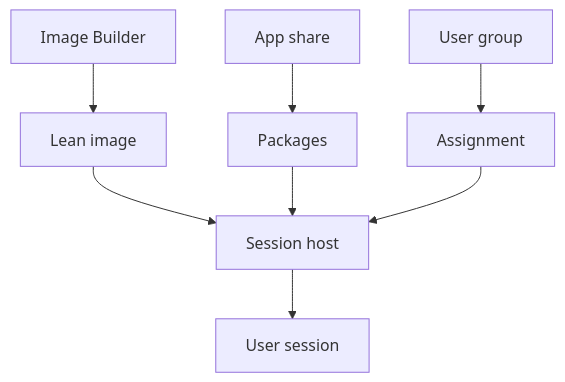
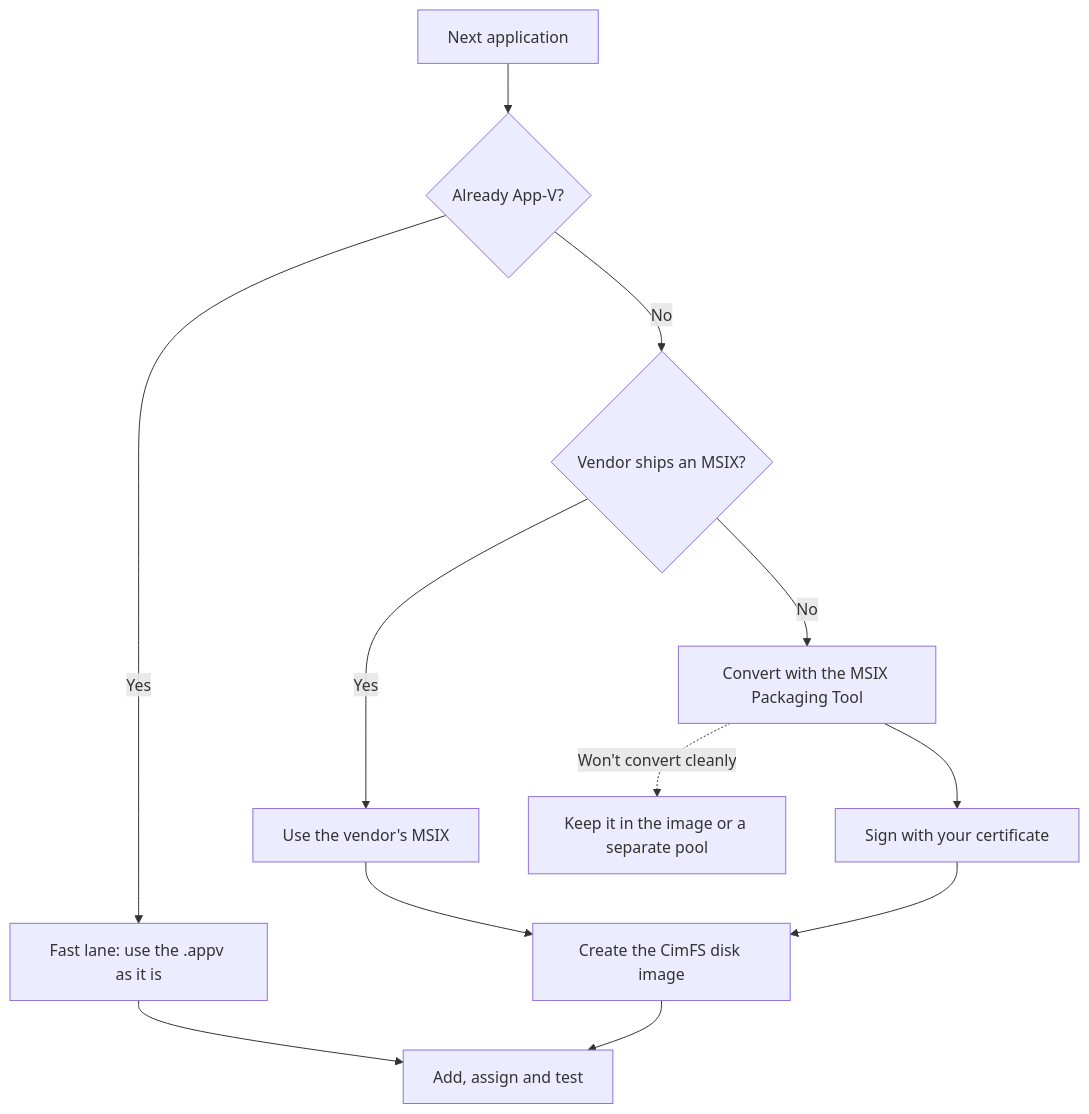
Before and after one commit to marckean/AVD-Reference_Architecture: the first of 2 diagrams in docs/app-attach/index.md, drawn with Mermaid. The commit also changed other lines of this file and 18 other files, not shown here.

````diff
--- a/docs/app-attach/index.md
+++ b/docs/app-attach/index.md
@@ -59,10 +36,14 @@
 ```mermaid
 flowchart TB
-    A["Image Builder"] --> B["Lean image"]
-    B --> C["Session host"]
-    D["App share"] --> E["Packages"]
-    E --> C
-    F["Assignment"] --> C
-    G["User group"] --> F
-    C --> H["User session"]
+    A["Next application"] --> B{"Already App-V?"}
+    B -- "Yes" --> C["Fast lane: use the .appv as it is"]
+    B -- "No" --> D{"Vendor ships an MSIX?"}
+    D -- "Yes" --> E["Use the vendor's MSIX"]
+    D -- "No" --> F["Convert with the MSIX Packaging Tool"]
+    F --> G["Sign with your certificate"]
+    E --> H["Create the CimFS disk image"]
+    G --> H
+    C --> I["Add, assign and test"]
+    H --> I
+    F -.->|"Won't convert cleanly"| J["Keep it in the image or a separate pool"]
 ```
````
